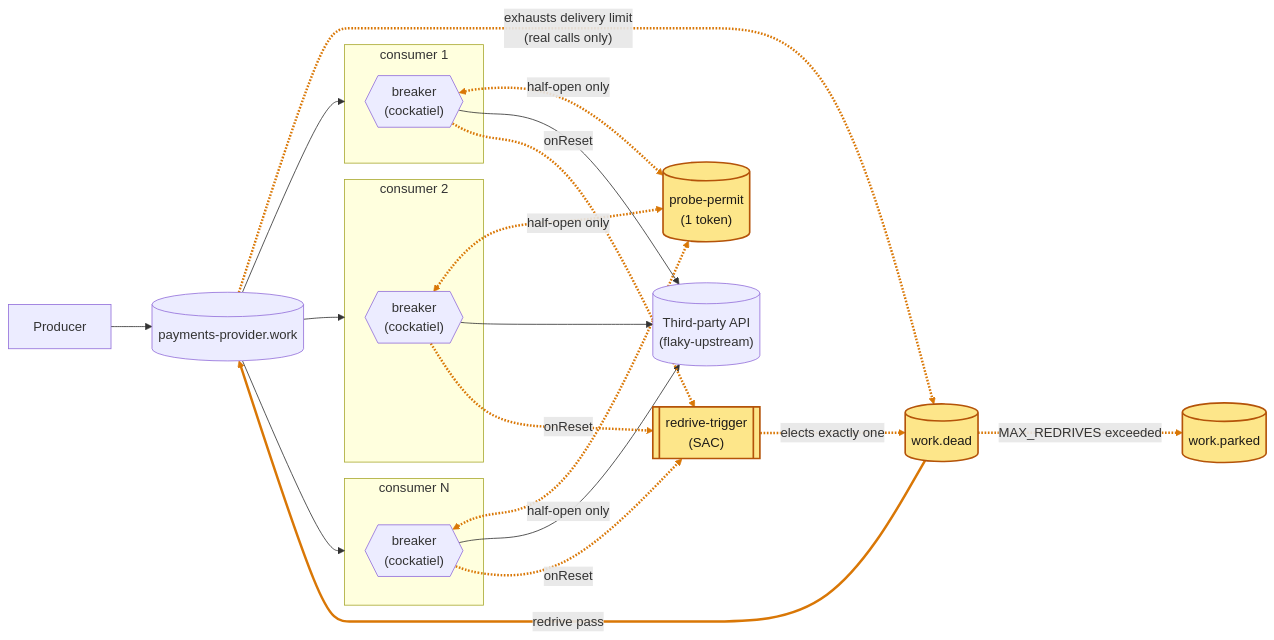
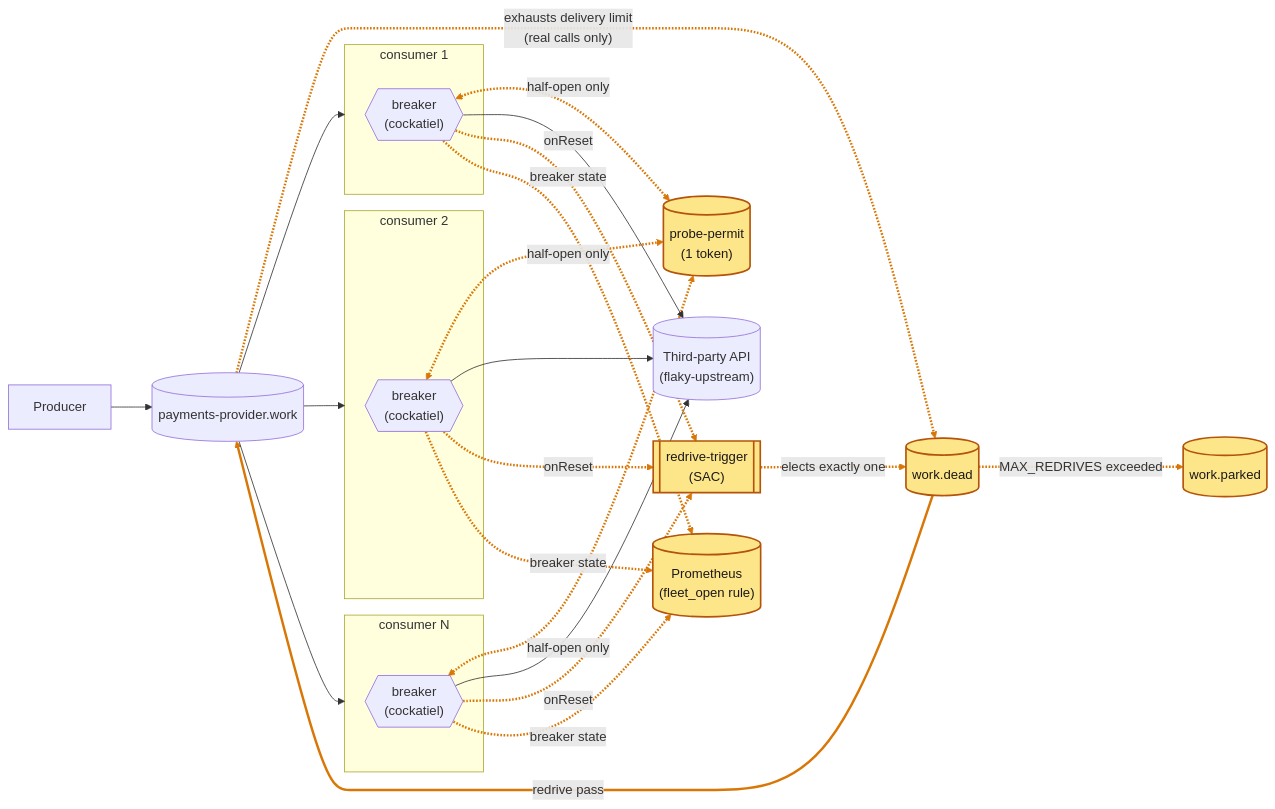
One commit to lsfera/circuit-breaker-unboxing changed the diagram in README.md. Above: the diagram before and after it, drawn with Mermaid. The commit also changed other lines of this file and 4 other files, not shown here.

First line of the commit message:
Give article 3 the fleet view as a Prometheus rule

````diff
--- a/README.md
+++ b/README.md
@@ -20,36 +22,39 @@
 ```mermaid
 flowchart LR
   producer["Producer"] --> queue[("payments-provider.work")]
   permit[("probe-permit\n(1 token)")]
   dead[("work.dead")]
   parked[("work.parked")]
   rtrigger[["redrive-trigger\n(SAC)"]]
   subgraph c1["consumer 1"]
     b1{{"breaker\n(cockatiel)"}}
   end
   subgraph c2["consumer 2"]
     b2{{"breaker\n(cockatiel)"}}
   end
   subgraph c3["consumer N"]
     b3{{"breaker\n(cockatiel)"}}
   end
   queue --> c1
   queue --> c2
   queue --> c3
   b1 <-.->|"half-open only"| permit
   b2 <-.->|"half-open only"| permit
   b3 <-.->|"half-open only"| permit
   b1 --> api[("Third-party API\n(flaky-upstream)")]
   b2 --> api
   b3 --> api
   queue -.->|"exhausts delivery limit\n(real calls only)"| dead
   b1 -.->|"onReset"| rtrigger
   b2 -.->|"onReset"| rtrigger
   b3 -.->|"onReset"| rtrigger
   rtrigger -.->|"elects exactly one"| dead
   dead -->|"redrive pass"| queue
   dead -.->|"MAX_REDRIVES exceeded"| parked
+  b1 -.->|"breaker state"| prom[("Prometheus\n(fleet_open rule)")]
+  b2 -.->|"breaker state"| prom
+  b3 -.->|"breaker state"| prom
   classDef new fill:#fde68a,stroke:#b45309,stroke-width:2px,color:#1c1917
-  class permit,dead,parked,rtrigger new
-  linkStyle 4,5,6,10,11,12,13,14,15,16 stroke:#d97706,stroke-width:3px
+  class permit,dead,parked,rtrigger,prom new
+  linkStyle 4,5,6,10,11,12,13,14,15,16,17,18,19 stroke:#d97706,stroke-width:3px
 ```
````
